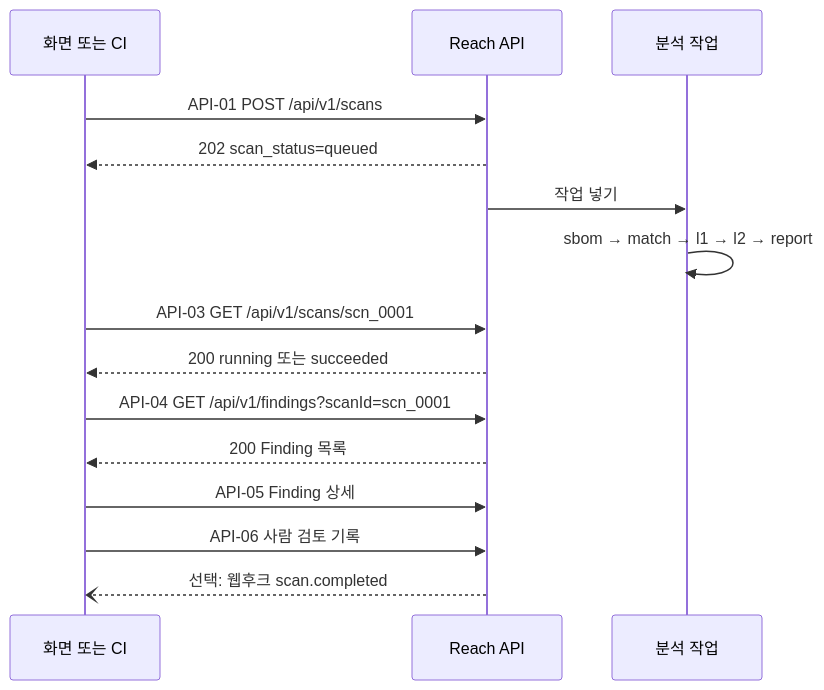
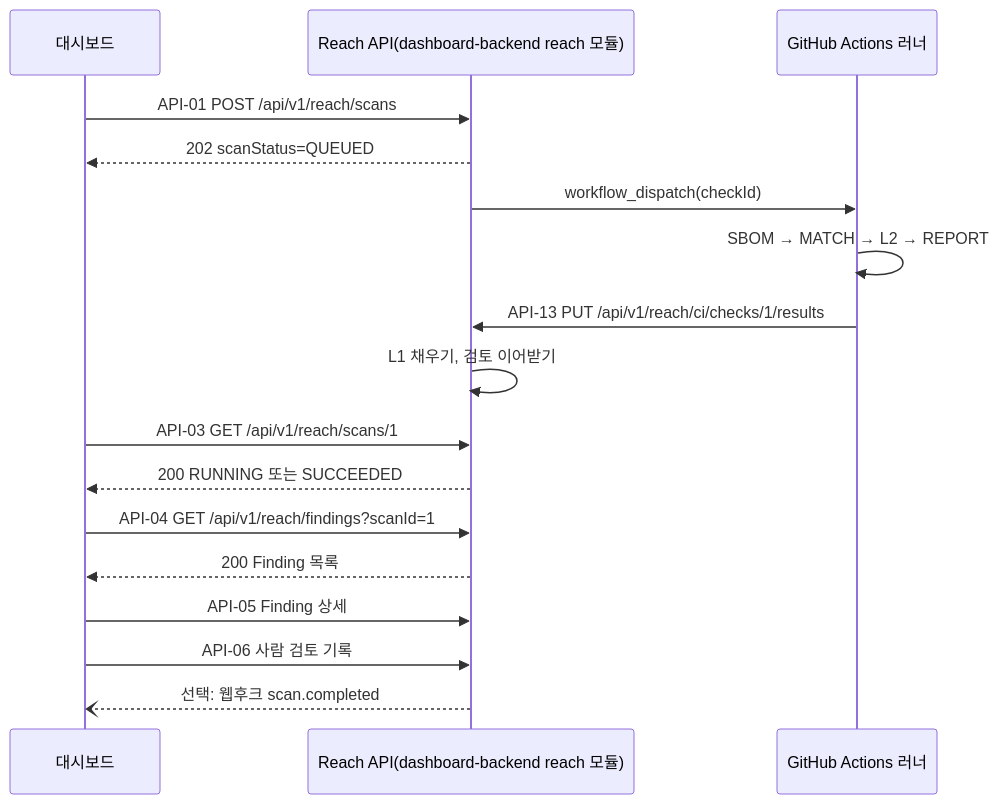
One commit to Logssey/security-solution-docs changed the second of 4 diagrams in reachability-analysis/03-architecture/api-contract.md. Above: the diagram before and after it, drawn with Mermaid. The commit also changed other lines of this file and 3 other files, not shown here.

Commit message:
docs(reach): place Reach API in dashboard-backend reach module (AD-18)

````diff
--- a/reachability-analysis/03-architecture/api-contract.md
+++ b/reachability-analysis/03-architecture/api-contract.md
@@ -561,17 +564,19 @@
 ```mermaid
 sequenceDiagram
-  participant U as 화면 또는 CI
-  participant A as Reach API
-  participant W as 분석 작업
-  U->>A: API-01 POST /api/v1/scans
-  A-->>U: 202 scan_status=queued
-  A->>W: 작업 넣기
-  W->>W: sbom → match → l1 → l2 → report
-  U->>A: API-03 GET /api/v1/scans/scn_0001
-  A-->>U: 200 running 또는 succeeded
-  U->>A: API-04 GET /api/v1/findings?scanId=scn_0001
+  participant U as 대시보드
+  participant A as Reach API(dashboard-backend reach 모듈)
+  participant W as GitHub Actions 러너
+  U->>A: API-01 POST /api/v1/reach/scans
+  A-->>U: 202 scanStatus=QUEUED
+  A->>W: workflow_dispatch(checkId)
+  W->>W: SBOM → MATCH → L2 → REPORT
+  W->>A: API-13 PUT /api/v1/reach/ci/checks/1/results
+  A->>A: L1 채우기, 검토 이어받기
+  U->>A: API-03 GET /api/v1/reach/scans/1
+  A-->>U: 200 RUNNING 또는 SUCCEEDED
+  U->>A: API-04 GET /api/v1/reach/findings?scanId=1
   A-->>U: 200 Finding 목록
   U->>A: API-05 Finding 상세
   U->>A: API-06 사람 검토 기록
   A--)U: 선택: 웹후크 scan.completed
 ```
````
